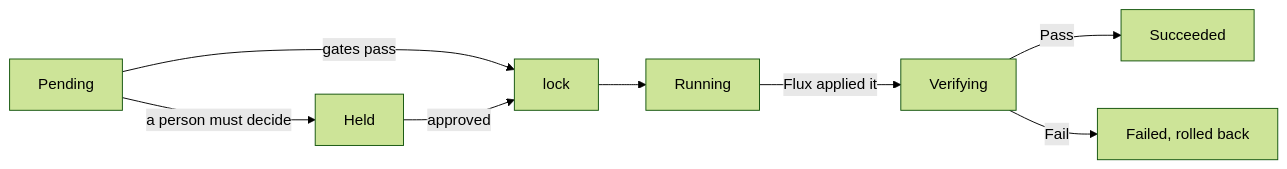
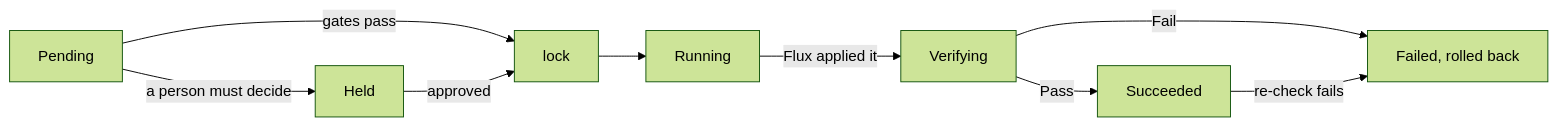
Before and after one commit to TrianaLab/pacto: the diagram in integrations/kubernetes/docs/delivery.md, drawn with Mermaid (forest theme). The commit also changed other lines of this file and 4 other files, not shown here.

````diff
--- a/integrations/kubernetes/docs/delivery.md
+++ b/integrations/kubernetes/docs/delivery.md
@@ -26,10 +26,11 @@
 ```mermaid
 flowchart LR
   P[Pending] -->|gates pass| L[lock]
   P -->|a person must decide| H[Held]
   H -->|approved| L
   L --> R[Running]
   R -->|Flux applied it| V[Verifying]
   V -->|Pass| S[Succeeded]
   V -->|Fail| F[Failed, rolled back]
+  S -->|re-check fails| F
 ```
````
